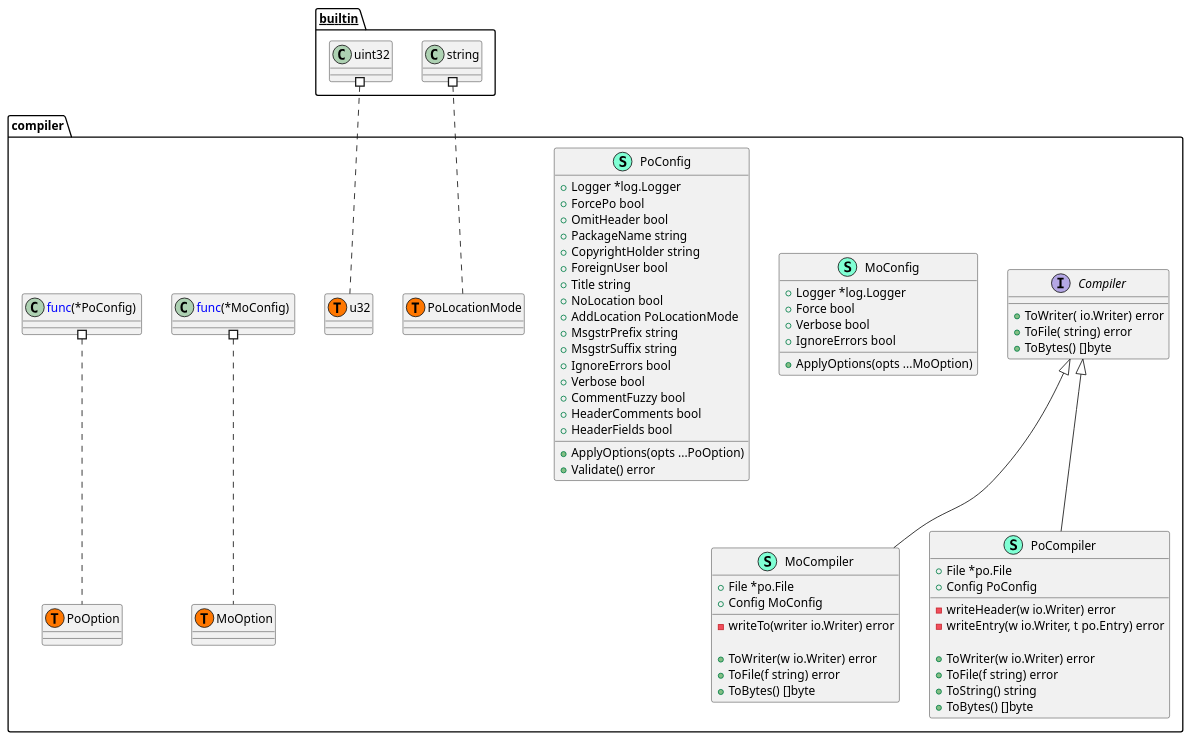
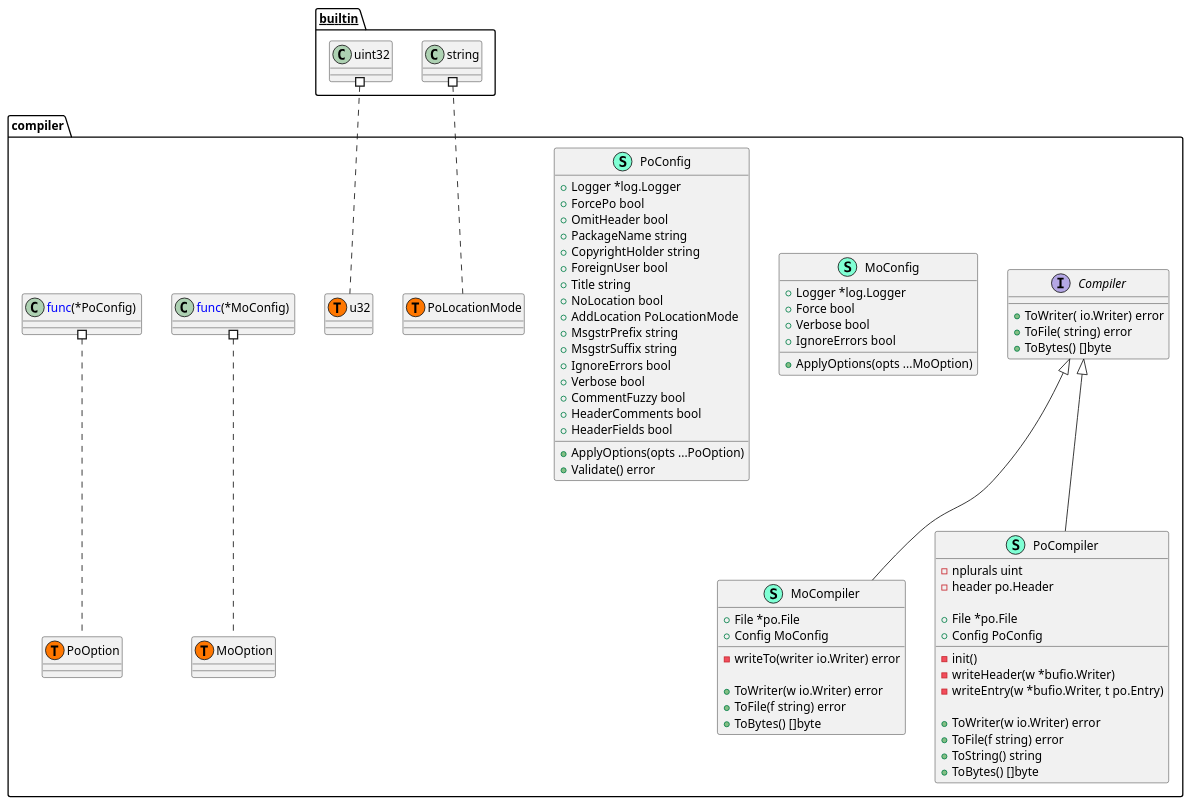
One commit to Tom5521/gotext-tools changed the diagram in pkg/po/compiler/structure.puml. Above: the diagram before and after it, drawn with PlantUML. The commit also changed 7 other files, not shown here.

Commit message:
docs: Update plantUML files

```diff
--- a/pkg/po/compiler/structure.puml
+++ b/pkg/po/compiler/structure.puml
@@ -1,81 +1,85 @@
 @startuml
 namespace compiler {
     interface Compiler  {
         + ToWriter( io.Writer) error
         + ToFile( string) error
         + ToBytes() []byte
 
     }
     class MoCompiler << (S,Aquamarine) >> {
         + File *po.File
         + Config MoConfig
 
         - writeTo(writer io.Writer) error
 
         + ToWriter(w io.Writer) error
         + ToFile(f string) error
         + ToBytes() []byte
 
     }
     class MoConfig << (S,Aquamarine) >> {
         + Logger *log.Logger
         + Force bool
         + Verbose bool
         + IgnoreErrors bool
 
         + ApplyOptions(opts ...MoOption) 
 
     }
     class PoCompiler << (S,Aquamarine) >> {
+        - nplurals uint
+        - header po.Header
+
         + File *po.File
         + Config PoConfig
 
-        - writeHeader(w io.Writer) error
-        - writeEntry(w io.Writer, t po.Entry) error
+        - init() 
+        - writeHeader(w *bufio.Writer) 
+        - writeEntry(w *bufio.Writer, t po.Entry) 
 
         + ToWriter(w io.Writer) error
         + ToFile(f string) error
         + ToString() string
         + ToBytes() []byte
 
     }
     class PoConfig << (S,Aquamarine) >> {
         + Logger *log.Logger
         + ForcePo bool
         + OmitHeader bool
         + PackageName string
         + CopyrightHolder string
         + ForeignUser bool
         + Title string
         + NoLocation bool
         + AddLocation PoLocationMode
         + MsgstrPrefix string
         + MsgstrSuffix string
         + IgnoreErrors bool
         + Verbose bool
         + CommentFuzzy bool
         + HeaderComments bool
         + HeaderFields bool
 
         + ApplyOptions(opts ...PoOption) 
         + Validate() error
 
     }
     class compiler.MoOption << (T, #FF7700) >>  {
     }
     class compiler.PoLocationMode << (T, #FF7700) >>  {
     }
     class compiler.PoOption << (T, #FF7700) >>  {
     }
     class compiler.u32 << (T, #FF7700) >>  {
     }
 }
 
 "compiler.Compiler" <|-- "compiler.MoCompiler"
 "compiler.Compiler" <|-- "compiler.PoCompiler"
 
 "__builtin__.string" #.. "compiler.PoLocationMode"
 "__builtin__.uint32" #.. "compiler.u32"
 "compiler.<font color=blue>func</font>(*MoConfig) " #.. "compiler.MoOption"
 "compiler.<font color=blue>func</font>(*PoConfig) " #.. "compiler.PoOption"
 @enduml
```
